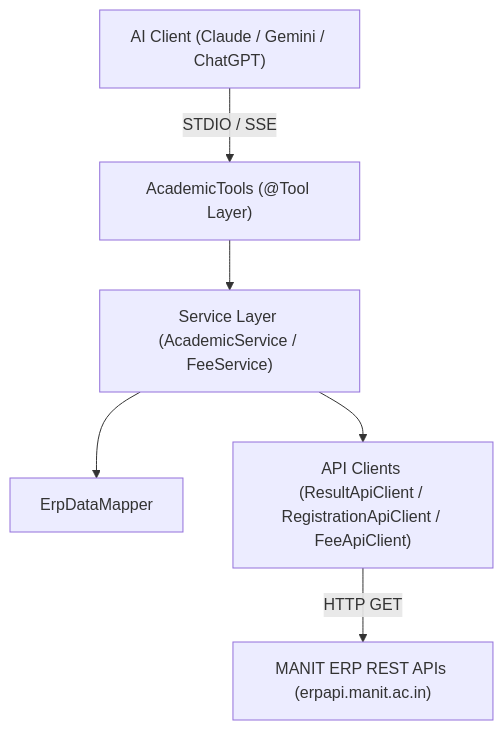
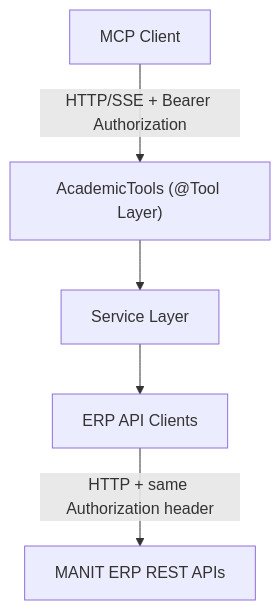
The diagram in README.md (Pankajinos/ERP_MCP), drawn with Mermaid before and after one commit. The commit also changed other lines of this file and 87 other files, not shown here.

````diff
--- a/README.md
+++ b/README.md
@@ -12,8 +9,7 @@
 ```mermaid
 flowchart TD
-    Client["AI Client (Claude / Gemini / ChatGPT)"] -->|STDIO / SSE| Tools["AcademicTools (@Tool Layer)"]
-    Tools --> Services["Service Layer (AcademicService / FeeService)"]
-    Services --> Mapper["ErpDataMapper"]
-    Services --> Clients["API Clients (ResultApiClient / RegistrationApiClient / FeeApiClient)"]
-    Clients -->|HTTP GET| ERP["MANIT ERP REST APIs (erpapi.manit.ac.in)"]
+    Client["MCP Client"] -->|"HTTP/SSE + Bearer Authorization"| Tools["AcademicTools (@Tool Layer)"]
+    Tools --> Services["Service Layer"]
+    Services --> Clients["ERP API Clients"]
+    Clients -->|"HTTP + same Authorization header"| ERP["MANIT ERP REST APIs"]
 ```
````
